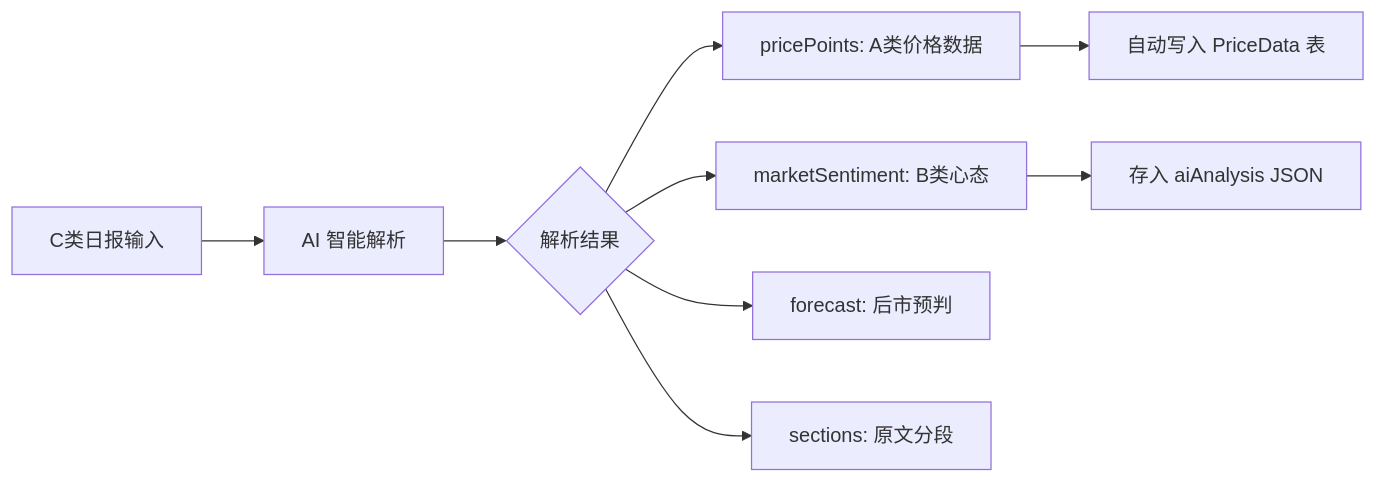
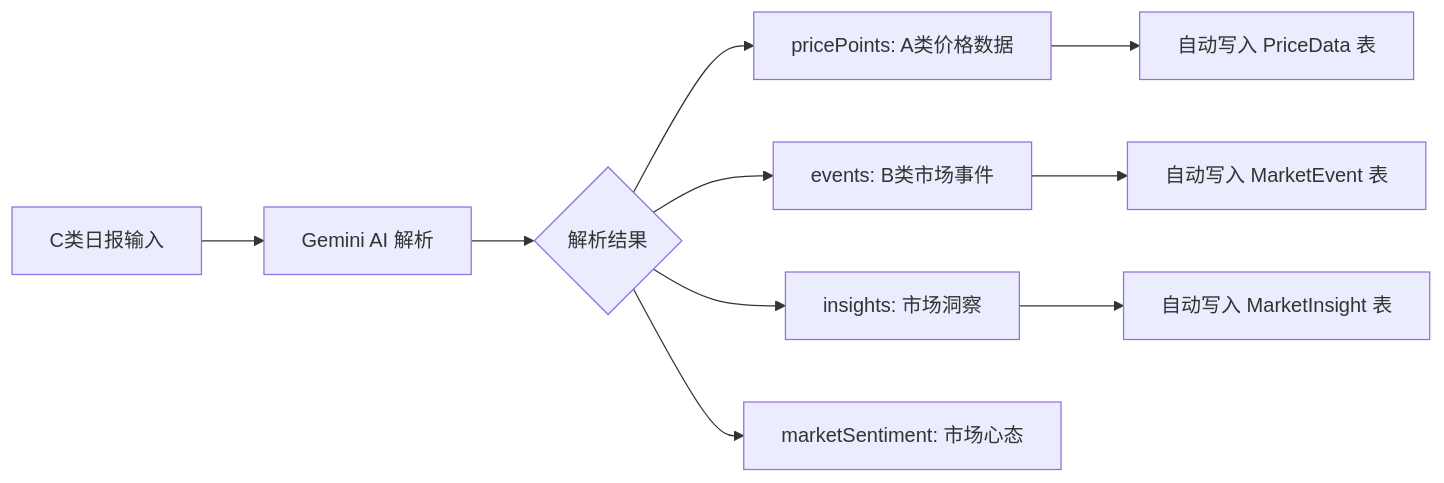
One commit to ccnuzw/CTBMS changed the diagram in docs/智能采集数据存储增强-完成报告.md. Above: the diagram before and after it, drawn with Mermaid. The commit also changed other lines of this file and 9 other files, not shown here.

````diff
--- a/docs/智能采集数据存储增强-完成报告.md
+++ b/docs/智能采集数据存储增强-完成报告.md
@@ -12,11 +13,12 @@
 ```mermaid
 flowchart LR
-    A[C类日报输入] --> B[AI 智能解析]
+    A[C类日报输入] --> B[Gemini AI 解析]
     B --> C{解析结果}
     C --> D[pricePoints: A类价格数据]
-    C --> E[marketSentiment: B类心态]
-    C --> F[forecast: 后市预判]
-    C --> G[sections: 原文分段]
+    C --> E[events: B类市场事件]
+    C --> F[insights: 市场洞察]
+    C --> G[marketSentiment: 市场心态]
     D --> H[自动写入 PriceData 表]
-    E --> I[存入 aiAnalysis JSON]
+    E --> I[自动写入 MarketEvent 表]
+    F --> J[自动写入 MarketInsight 表]
 ```
````
